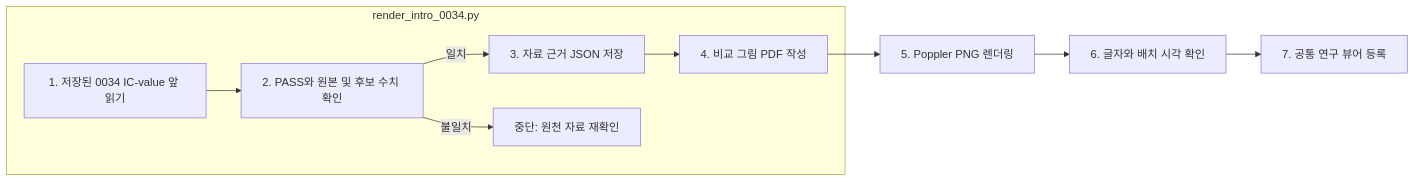
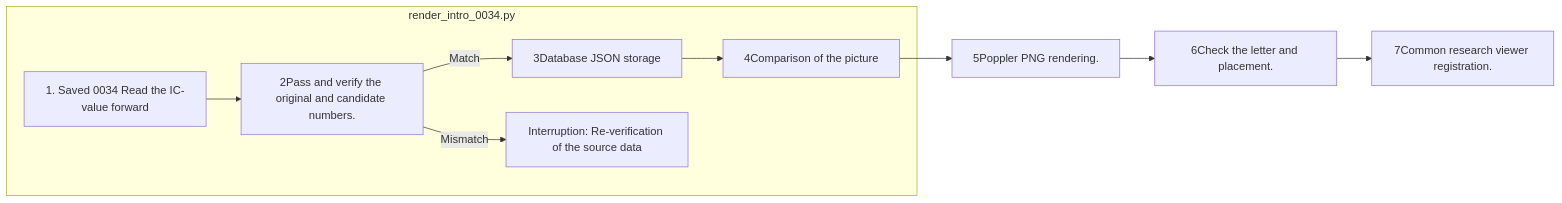
Before and after one commit to pnu-clink/finject: the diagram in src/finarch/documentation/templates/research/intro-figure-0034-readme.md, drawn with Mermaid. The commit also changed other lines of this file and 644 other files, not shown here.

````diff
--- a/src/finarch/documentation/templates/research/intro-figure-0034-readme.md
+++ b/src/finarch/documentation/templates/research/intro-figure-0034-readme.md
@@ -16,12 +16,12 @@
 ```mermaid
 flowchart LR
   subgraph renderer[render_intro_0034.py]
-    S1[1. 저장된 0034 IC-value 앞 읽기] --> S2[2. PASS와 원본 및 후보 수치 확인]
-    S2 -->|일치| S3[3. 자료 근거 JSON 저장]
-    S2 -->|불일치| F[중단: 원천 자료 재확인]
-    S3 --> S4[4. 비교 그림 PDF 작성]
+    S1[1. Saved 0034 Read the IC-value forward] --> S2[2Pass and verify the original and candidate numbers.]
+    S2 -->|Match| S3[3Database JSON storage]
+    S2 -->|Mismatch| F[Interruption: Re-verification of the source data]
+    S3 --> S4[4Comparison of the picture]
   end
-  S4 --> S5[5. Poppler PNG 렌더링]
-  S5 --> S6[6. 글자와 배치 시각 확인]
-  S6 --> S7[7. 공통 연구 뷰어 등록]
+  S4 --> S5[5Poppler PNG rendering.]
+  S5 --> S6[6Check the letter and placement.]
+  S6 --> S7[7Common research viewer registration.]
 ```
````
